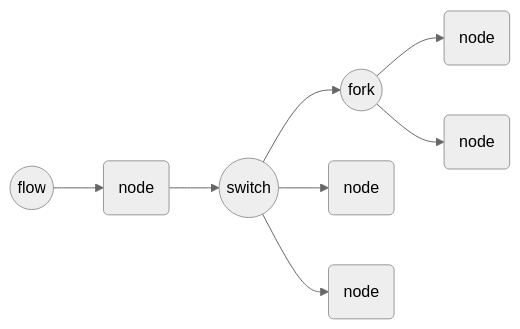
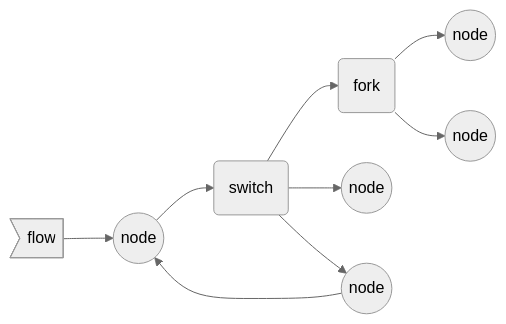
Before and after one commit to ThomasAUB/uflow: the diagram in README.md, drawn with Mermaid (neutral theme). The commit also changed other lines of this file, not shown here.

````diff
--- a/README.md
+++ b/README.md
@@ -11,14 +11,16 @@
 ```mermaid
 
 flowchart LR
 
-flow((flow)) --> B(node) --> C((switch))
+flow>flow] --> B((node)) --> C(switch)
 
-C --> f((fork))
-C --> sw2(node)
-C --> sw3(node)
+C --> f(fork)
+C --> sw2((node))
+C --> sw3((node))
+sw3 --> B
 
-f --> f1(node)
-f --> f2(node)
+f --> f1((node))
+f --> f2((node))
+
 
 ```
````
